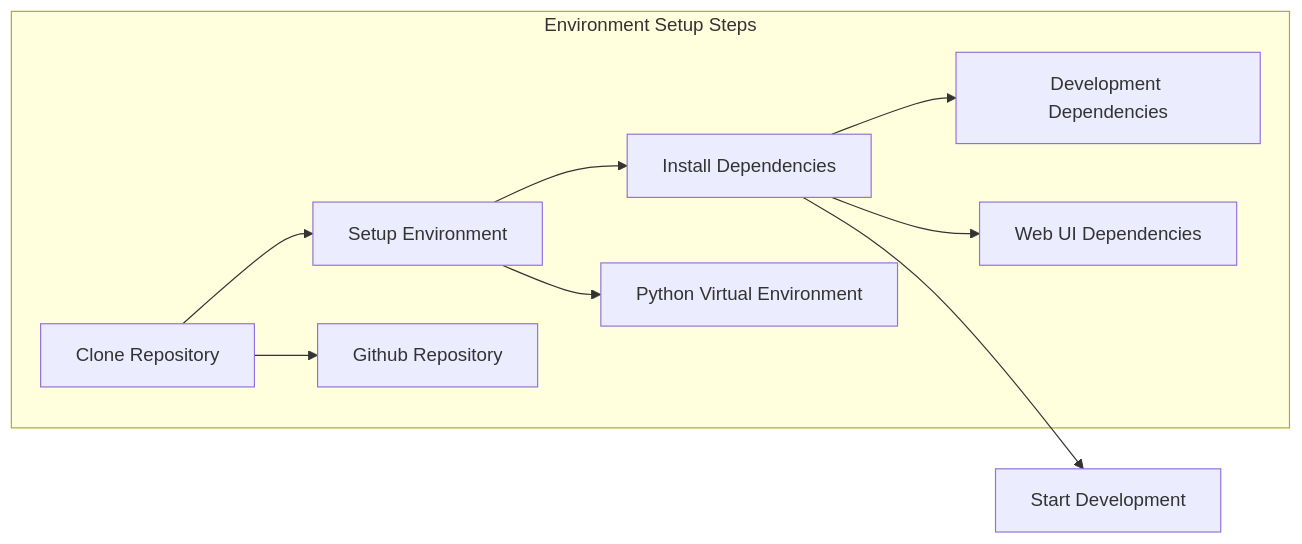
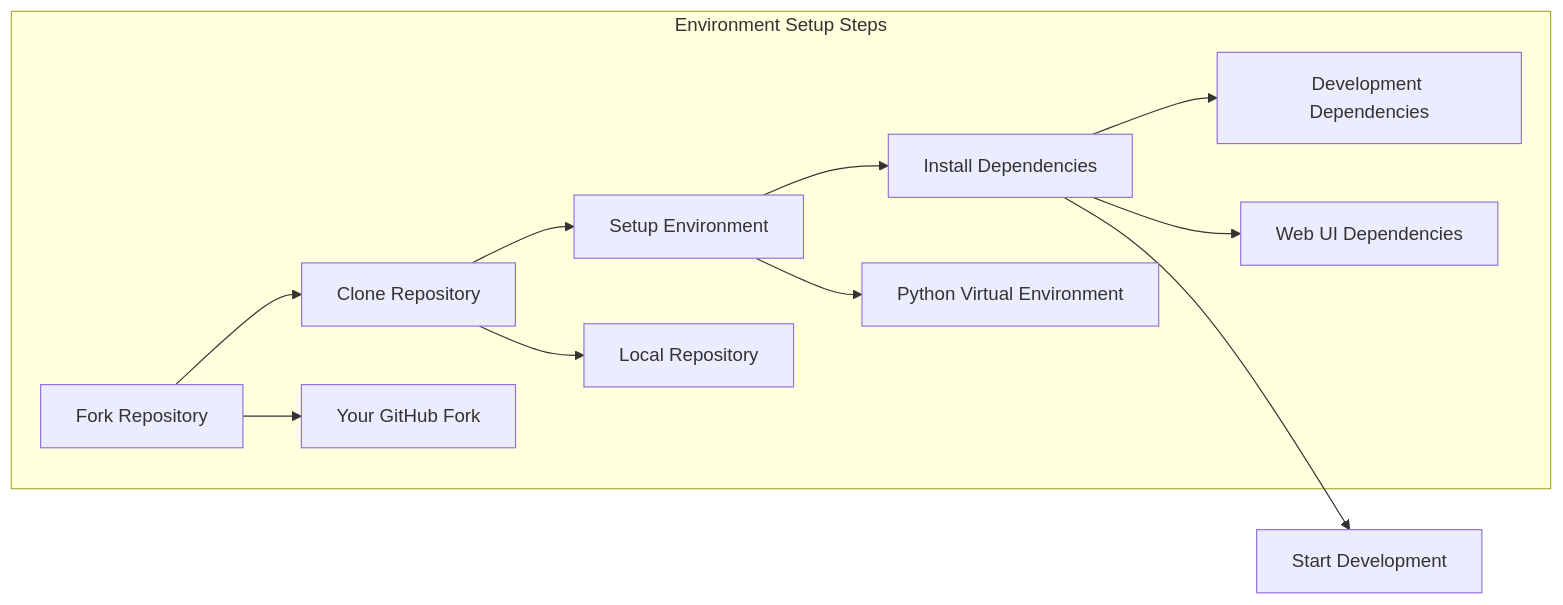
The first of 3 diagrams in docs-md/contributing_guide.md (locustio/locust), drawn with Mermaid before and after one commit. The commit also changed other lines of this file and 9 other files, not shown here.

````diff
--- a/docs-md/contributing_guide.md
+++ b/docs-md/contributing_guide.md
@@ -7,13 +7,15 @@
 ```mermaid
 flowchart LR
-    Clone[Clone Repository] --> Setup[Setup Environment]
+    Fork[Fork Repository] --> Clone[Clone Repository]
+    Clone --> Setup[Setup Environment]
     Setup --> Install[Install Dependencies]
     Install --> Dev[Start Development]
     
     subgraph "Environment Setup Steps"
-        Clone --> GitRepo[Github Repository]
+        Fork --> GitHubRepo[Your GitHub Fork]
+        Clone --> LocalRepo[Local Repository]
         Setup --> VirtualEnv[Python Virtual Environment]
         Install --> DevDeps[Development Dependencies]
         Install --> WebUI[Web UI Dependencies]
     end
 ```
````
